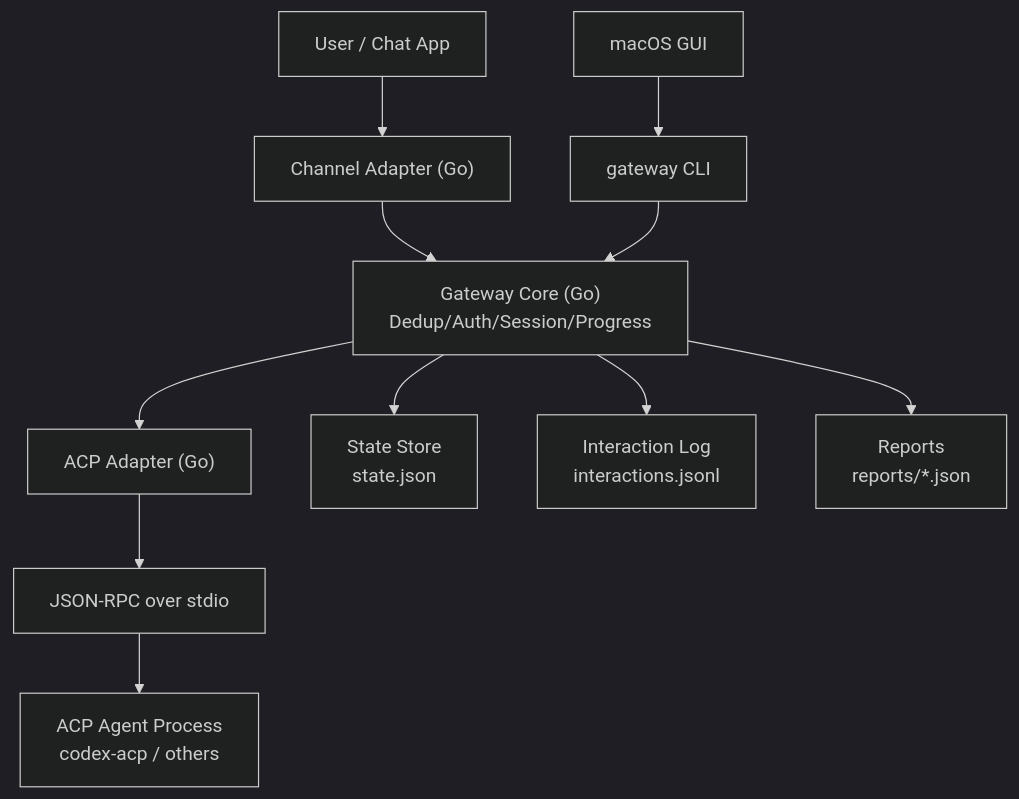
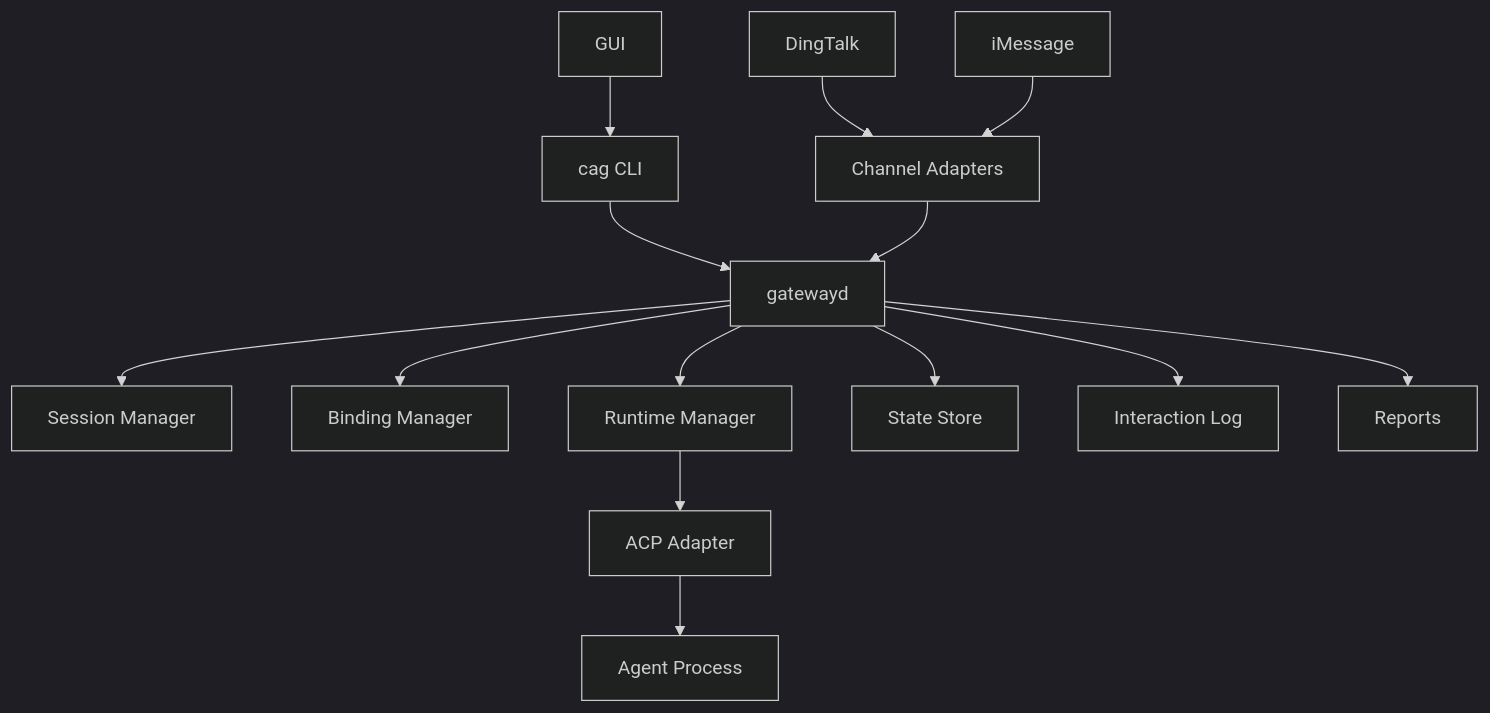
One commit to zhoushoujianwork/cli-agent-gateway changed the diagram in docs/ARCHITECTURE.md. Above: the diagram before and after it, drawn with Mermaid (dark theme). The commit also changed other lines of this file and 32 other files, not shown here.

````diff
--- a/docs/ARCHITECTURE.md
+++ b/docs/ARCHITECTURE.md
@@ -12,13 +68,16 @@
 ```mermaid
 flowchart TD
-    U["User / Chat App"] --> CH["Channel Adapter (Go)"]
-    CH --> GW["Gateway Core (Go)\nDedup/Auth/Session/Progress"]
-    GW --> ACP["ACP Adapter (Go)"]
-    ACP --> RPC["JSON-RPC over stdio"]
-    RPC --> AG["ACP Agent Process\ncodex-acp / others"]
-    GW --> ST["State Store\nstate.json"]
-    GW --> IL["Interaction Log\ninteractions.jsonl"]
-    GW --> RP["Reports\nreports/*.json"]
-    CLI["gateway CLI"] --> GW
-    GUI["macOS GUI"] --> CLI
+    GUI["GUI"] --> CLI
+    DT["DingTalk"] --> CH
+    IM["iMessage"] --> CH
+    CLI["cag CLI"] --> GD["gatewayd"]
+    CH["Channel Adapters"] --> GD
+    GD --> SM["Session Manager"]
+    GD --> BM["Binding Manager"]
+    GD --> RM["Runtime Manager"]
+    RM --> ACP["ACP Adapter"]
+    ACP --> AG["Agent Process"]
+    GD --> ST["State Store"]
+    GD --> IL["Interaction Log"]
+    GD --> RP["Reports"]
 ```
````
